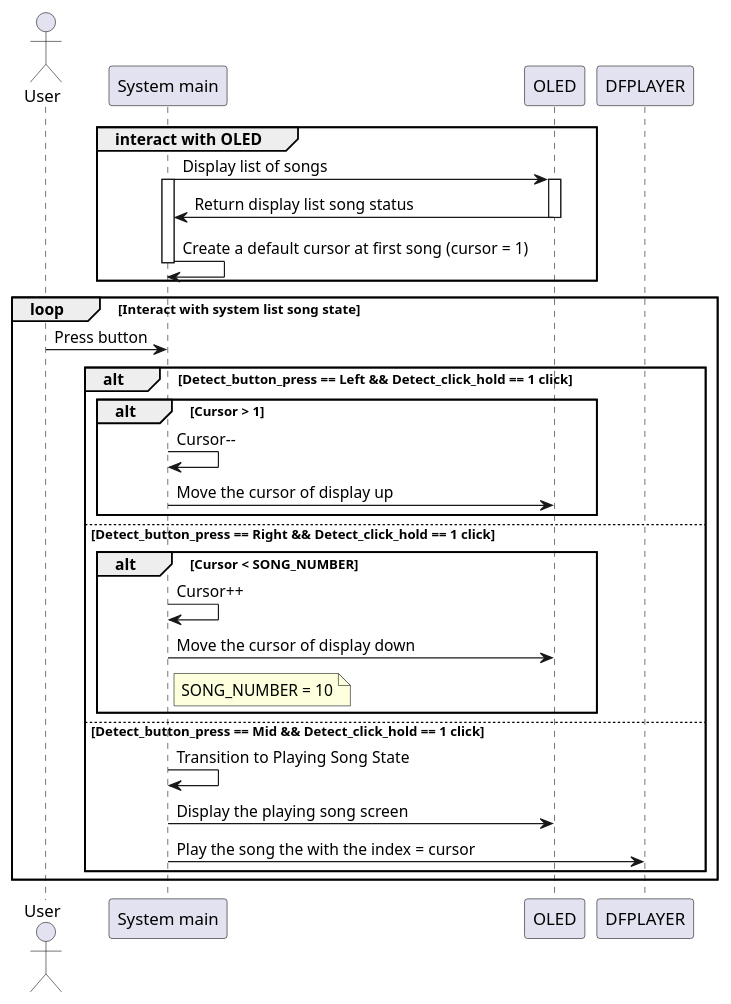
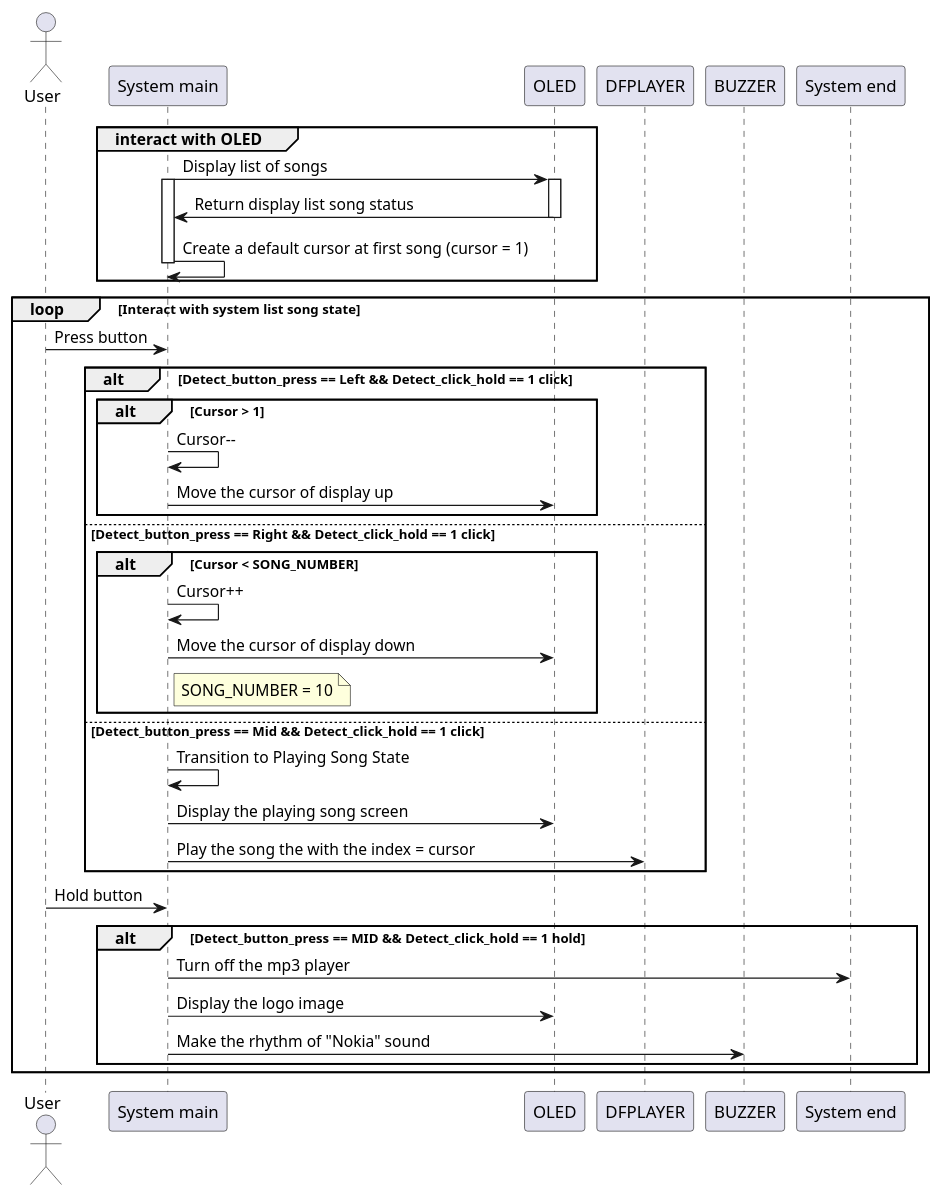
The diagram in Documents/Seqence_diagram/3_system_list_song_screen.wsd (toannguyentien-itr-intern/MP3_Player), drawn with PlantUML before and after one commit. The commit also changed 1 other file, not shown here.

Commit message:
Refactor: Add a additional function of turn off the mp3 player

```diff
--- a/Documents/Seqence_diagram/3_system_list_song_screen.wsd
+++ b/Documents/Seqence_diagram/3_system_list_song_screen.wsd
@@ -1,44 +1,53 @@
 @startuml system_list_song_screen
 actor User
 participant "System main"   as    System_main
 participant OLED
 participant DFPLAYER
-
+participant BUZZER
+participant "System end"    as    System_end
 group interact with OLED
 
 System_main -> OLED: Display list of songs
 activate System_main
 activate OLED
 OLED -> System_main: Return display list song status  
 deactivate OLED
 System_main -> System_main: Create a default cursor at first song (cursor = 1)
 deactivate System_main
 
 end
 
 
 loop Interact with system list song state
     User -> System_main: Press button
 
     alt Detect_button_press == Left && Detect_click_hold == 1 click
         alt Cursor > 1
             System_main -> System_main: Cursor--
             System_main -> OLED: Move the cursor of display up
         end
 
     else Detect_button_press == Right && Detect_click_hold == 1 click
         alt Cursor < SONG_NUMBER
             System_main -> System_main: Cursor++
             System_main -> OLED: Move the cursor of display down
         note right of System_main
           SONG_NUMBER = 10
         end note
         end
 
     else Detect_button_press == Mid && Detect_click_hold == 1 click
         System_main -> System_main: Transition to Playing Song State
         System_main -> OLED: Display the playing song screen
         System_main -> DFPLAYER: Play the song the with the index = cursor
     end
+
+    User -> System_main: Hold button
+    alt Detect_button_press == MID && Detect_click_hold == 1 hold
+        System_main -> System_end: Turn off the mp3 player
+        System_main -> OLED: Display the logo image
+        System_main -> BUZZER: Make the rhythm of "Nokia" sound
+    end
+
 end
 @enduml
```
